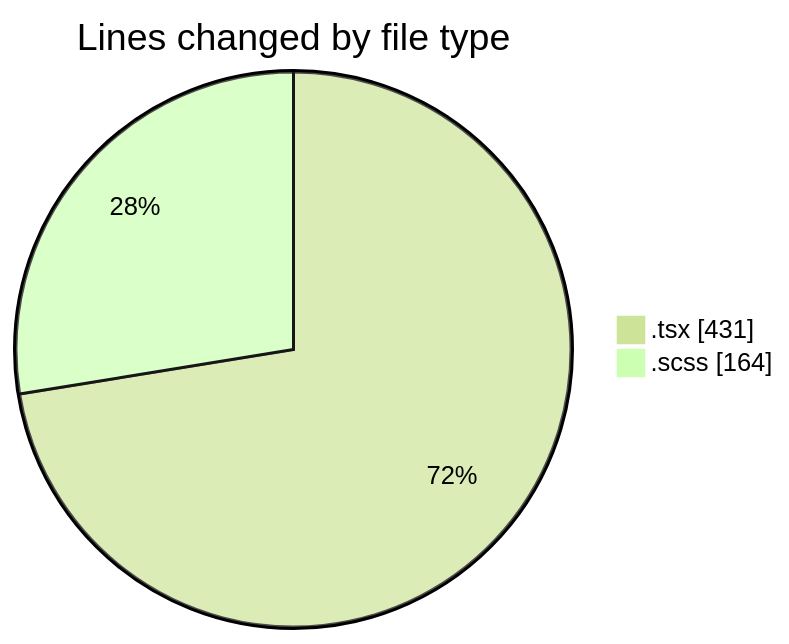
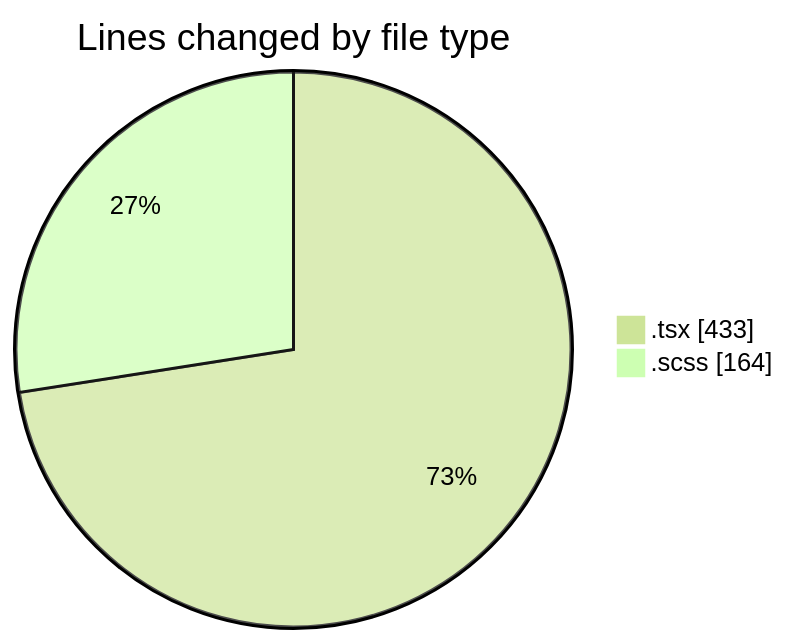
Before and after one commit to momahboobian/code-tracking: the first of 2 diagrams in 2026-04-16/cda/README.md, drawn with Mermaid (forest theme). The commit also changed other lines of this file and 1 other file, not shown here.

````diff
--- a/2026-04-16/cda/README.md
+++ b/2026-04-16/cda/README.md
@@ -23,6 +23,6 @@
 ```mermaid
 pie showData
 title Lines changed by file type
-".tsx" : 431
+".tsx" : 433
 ".scss" : 164
 ```
````
